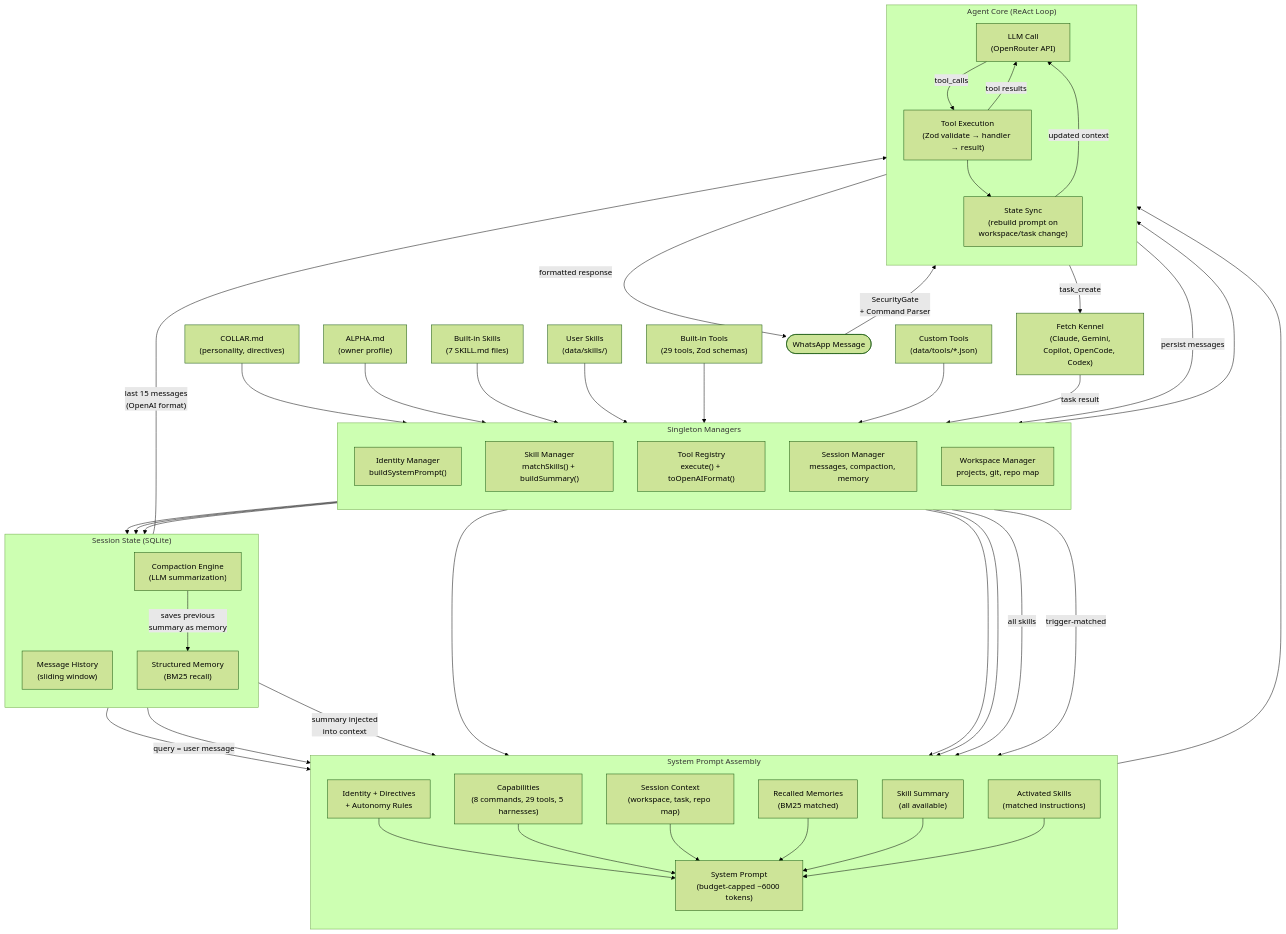
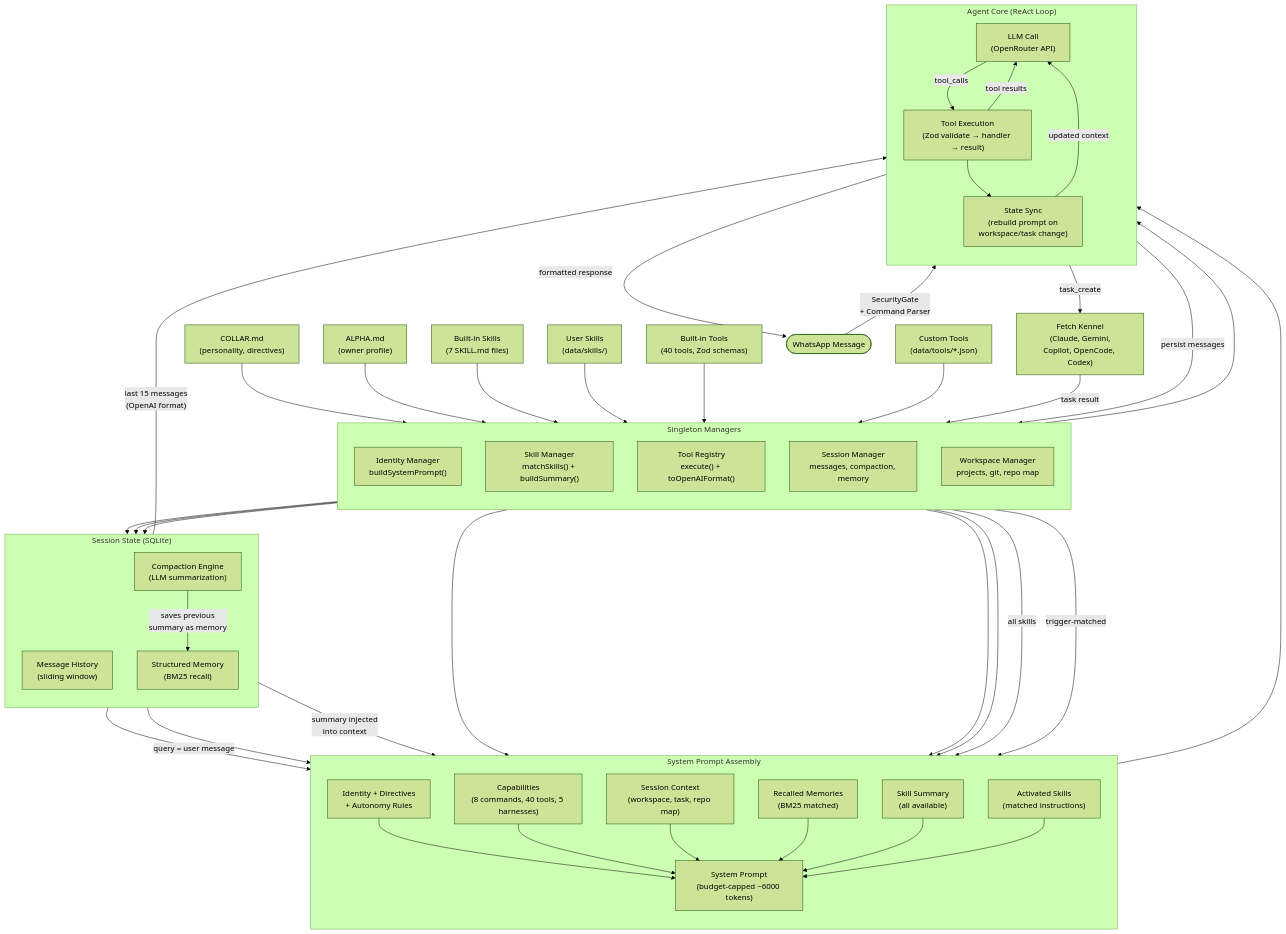
The third of 4 diagrams in docs/markdown/ARCHITECTURE.md (Traves-Theberge/Fetch), drawn with Mermaid (forest theme) before and after one commit. The commit also changed other lines of this file and 24 other files, not shown here.

```diff
--- a/docs/markdown/ARCHITECTURE.md
+++ b/docs/markdown/ARCHITECTURE.md
@@ -316,7 +316,7 @@
     ALPHA["ALPHA.md<br/>(owner profile)"]
     BuiltinSkills["Built-in Skills<br/>(7 SKILL.md files)"]
     UserSkills["User Skills<br/>(data/skills/)"]
-    BuiltinTools["Built-in Tools<br/>(29 tools, Zod schemas)"]
+    BuiltinTools["Built-in Tools<br/>(40 tools, Zod schemas)"]
     CustomTools["Custom Tools<br/>(data/tools/*.json)"]
 
     %% ── Managers (middle layer) ─────────────────────────────
@@ -354,7 +354,7 @@
     subgraph ContextAssembly ["System Prompt Assembly"]
         direction TB
         Identity["Identity + Directives<br/>+ Autonomy Rules"]
-        Capabilities["Capabilities<br/>(8 commands, 29 tools, 5 harnesses)"]
+        Capabilities["Capabilities<br/>(8 commands, 40 tools, 5 harnesses)"]
         SessionCtx["Session Context<br/>(workspace, task, repo map)"]
         RecalledMem["Recalled Memories<br/>(BM25 matched)"]
         SkillSummary["Skill Summary<br/>(all available)"]
```
